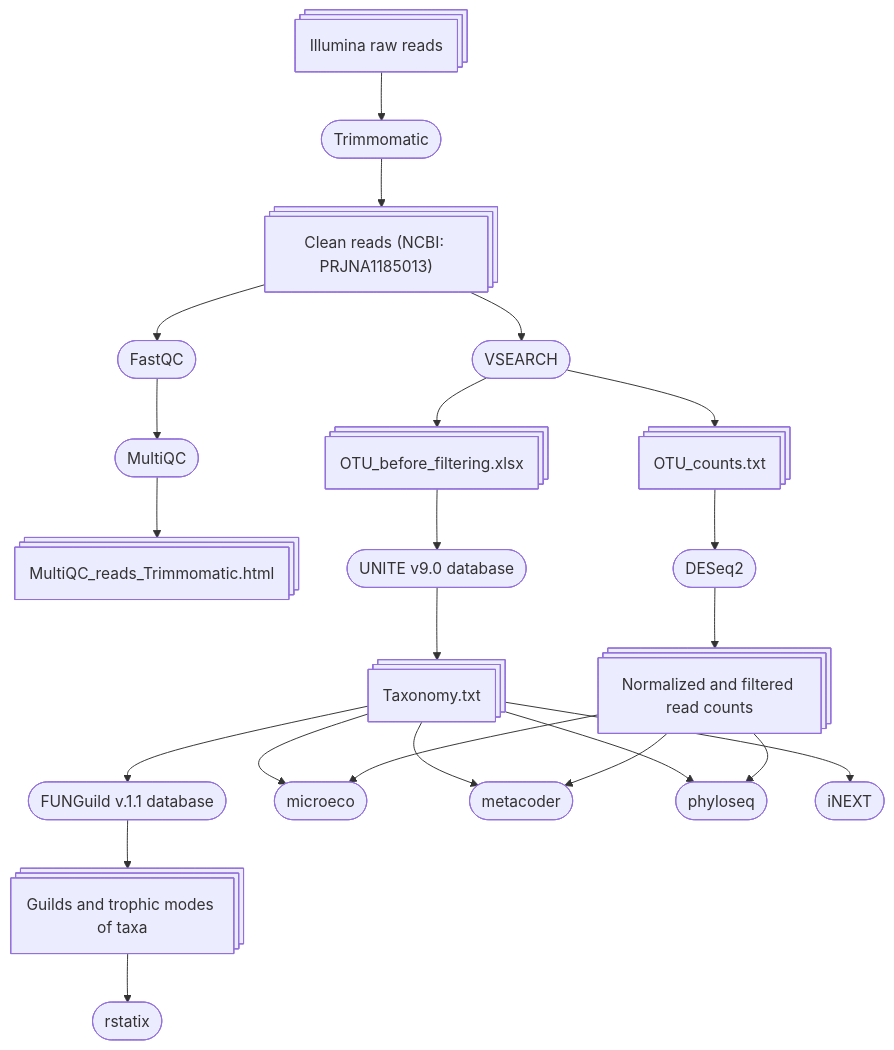
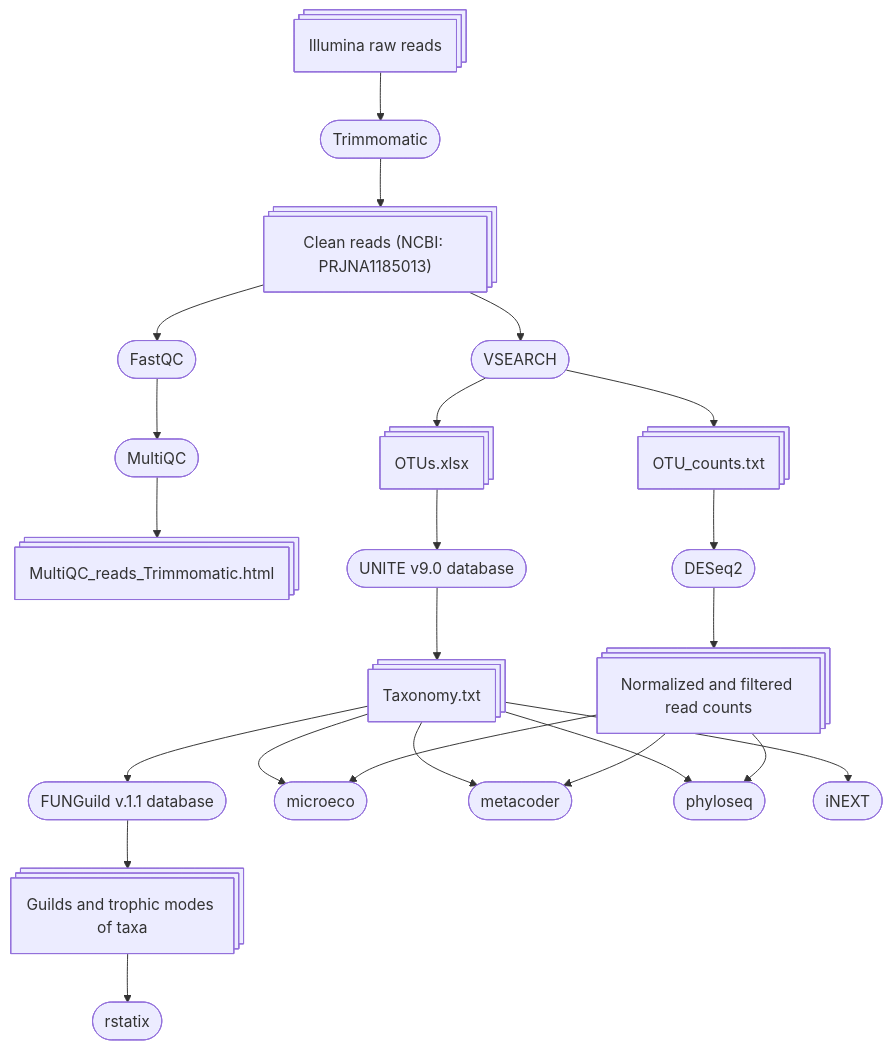
The diagram in README.md (kuprinak/lithuania-metabar), drawn with Mermaid before and after one commit. The commit also changed other lines of this file, not shown here.

````diff
--- a/README.md
+++ b/README.md
@@ -36,26 +36,26 @@
 ```mermaid
 flowchart TB
     A@{shape: procs, label: "Illumina raw reads"} --> B([Trimmomatic]);
     B --> C@{shape: procs, label: "Clean reads (NCBI: PRJNA1185013)"};
     C --> Fa([FastQC]);
     Fa --> Mu([MultiQC]);
     Mu --> Mur@{shape: procs, label: "MultiQC_reads_Trimmomatic.html"}; 
     C --> V([VSEARCH]);
-    V --> OTU@{shape: procs, label: "OTU_before_filtering.xlsx"};
+    V --> OTU@{shape: procs, label: "OTUs.xlsx"};
     V --> CV@{shape: procs, label: "OTU_counts.txt"};
     OTU --> T([UNITE v9.0 database]);
     T --> Ta@{shape: procs, label: "Taxonomy.txt"};
     Ta --> F([FUNGuild v.1.1 database]);
     F --> Gu@{shape: procs, label: "Guilds and trophic modes of taxa"};
     Gu --> rs([rstatix])
     CV --> D([DESeq2]);
     D --> N@{shape: procs, label: "Normalized and filtered read counts"};
     Ta --> Mi;
     Ta --> Me
     Ta --> Ph
     N --> Ph([phyloseq])
      N --> Mi([microeco])
     N --> Me([metacoder])
     Ta --> iN([iNEXT]);
 
 ```
````
